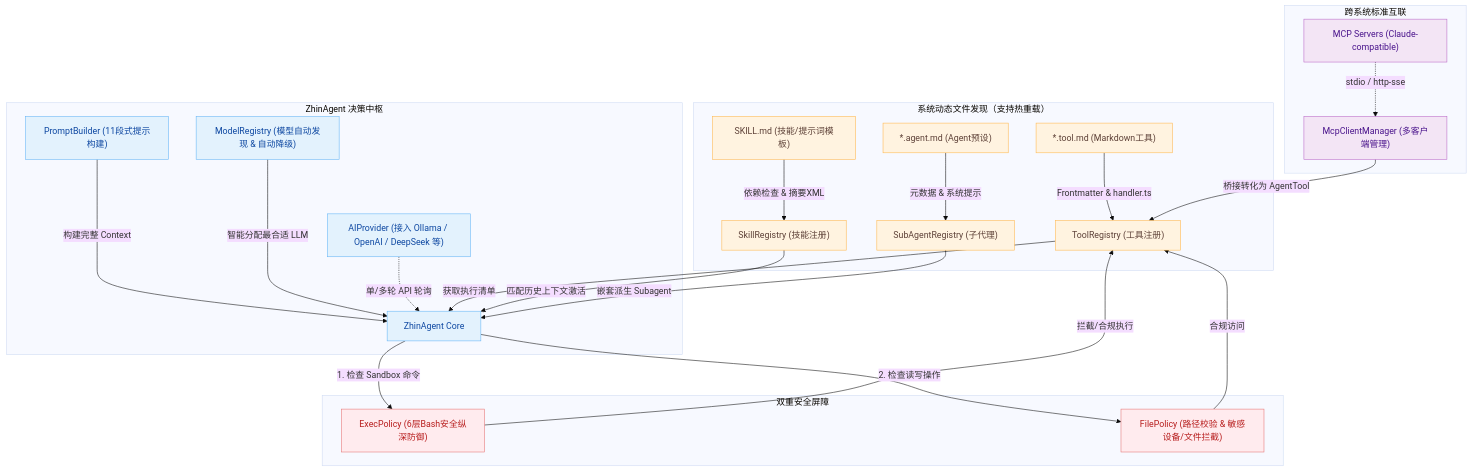
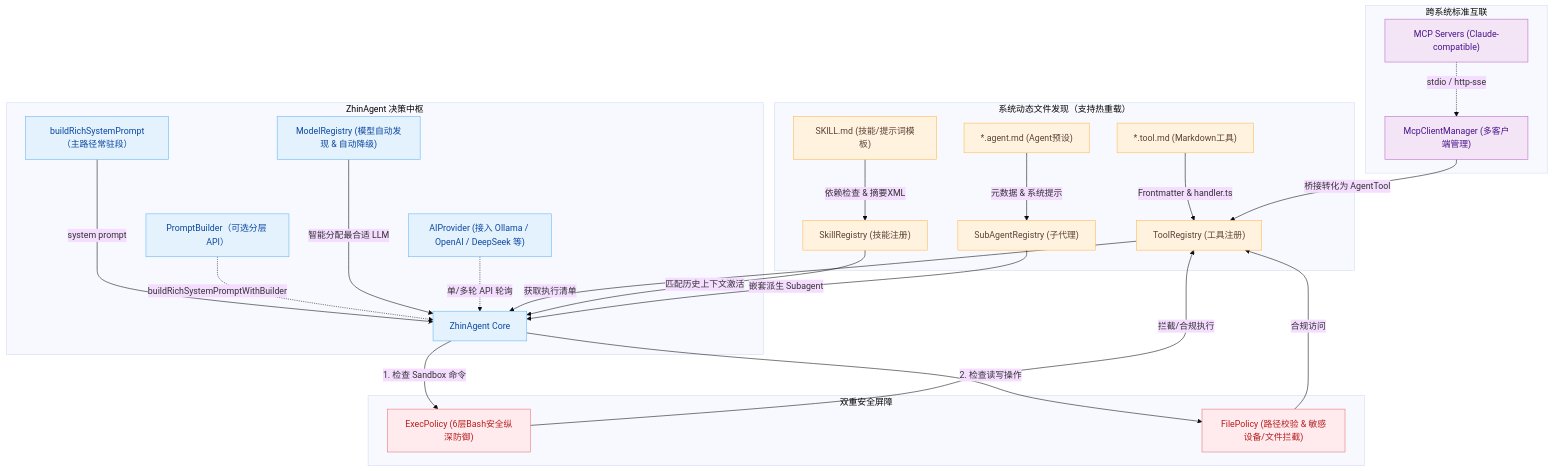
One commit to zhinjs/zhin changed the third of 4 diagrams in README.md. Above: the diagram before and after it, drawn with Mermaid (base theme). The commit also changed other lines of this file and 69 other files, not shown here.

````diff
--- a/README.md
+++ b/README.md
@@ -344,48 +362,49 @@
 ```mermaid
 graph TD
     %% 发现与注册
     subgraph Discovery["系统动态文件发现（支持热重载）"]
         ToolMD["*.tool.md (Markdown工具)"] -->|Frontmatter & handler.ts| ToolReg["ToolRegistry (工具注册)"]
         SkillMD["SKILL.md (技能/提示词模板)"] -->|依赖检查 & 摘要XML| SkillReg["SkillRegistry (技能注册)"]
         AgentMD["*.agent.md (Agent预设)"] -->|元数据 & 系统提示| SubAgentReg["SubAgentRegistry (子代理)"]
     end
 
     %% MCP 接入
     subgraph MCPClient["跨系统标准互联"]
         McpServer["MCP Servers (Claude-compatible)"] -.->|stdio / http-sse| McpMgr["McpClientManager (多客户端管理)"]
         McpMgr -->|桥接转化为 AgentTool| ToolReg
     end
 
     %% AI 中枢大脑
     subgraph Orchestrator["ZhinAgent 决策中枢"]
         ZhinAgent["ZhinAgent Core"]
-        PromptBuilder["PromptBuilder (11段式提示构建)"] --->|构建完整 Context| ZhinAgent
+        RichPrompt["buildRichSystemPrompt（主路径常驻段）"] --->|system prompt| ZhinAgent
+        PromptBuilder["PromptBuilder（可选分层 API）"] -.->|buildRichSystemPromptWithBuilder| ZhinAgent
         ModelRegistry["ModelRegistry (模型自动发现 & 自动降级)"] --->|智能分配最合适 LLM| ZhinAgent
         AIProvider["AIProvider (接入 Ollama / OpenAI / DeepSeek 等)"] -.->|单/多轮 API 轮询| ZhinAgent
     end
 
     %% 安全策略层
     subgraph Security["双重安全屏障"]
         ExecPolicy["ExecPolicy (6层Bash安全纵深防御)"]
         FilePolicy["FilePolicy (路径校验 & 敏感设备/文件拦截)"]
     end
 
     %% 关联关系
     ToolReg -->|获取执行清单| ZhinAgent
     SkillReg -->|匹配历史上下文激活| ZhinAgent
     SubAgentReg -->|嵌套派生 Subagent| ZhinAgent
     ZhinAgent -->|1. 检查 Sandbox 命令| ExecPolicy
     ZhinAgent -->|2. 检查读写操作| FilePolicy
     ExecPolicy -->|拦截/合规执行| ToolReg
     FilePolicy -->|合规访问| ToolReg
 
     classDef disc fill:#fff3e0,stroke:#ffb74d,color:#5d4037
     classDef mcp fill:#f3e5f5,stroke:#ba68c8,color:#4a148c
     classDef orch fill:#e3f2fd,stroke:#64b5f6,color:#0d47a1
     classDef sec fill:#ffebee,stroke:#e57373,color:#b71c1c
 
     class ToolMD,SkillMD,AgentMD,ToolReg,SkillReg,SubAgentReg disc
     class McpServer,McpMgr mcp
-    class ZhinAgent,PromptBuilder,ModelRegistry,AIProvider orch
+    class ZhinAgent,RichPrompt,PromptBuilder,ModelRegistry,AIProvider orch
     class ExecPolicy,FilePolicy sec
 ```
````
